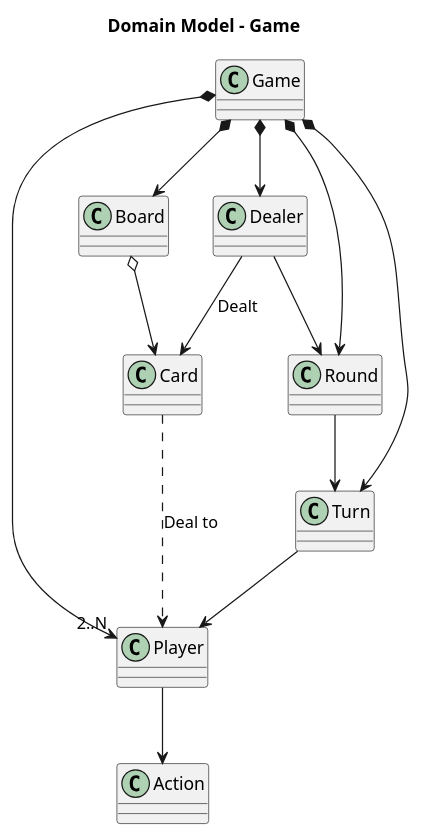
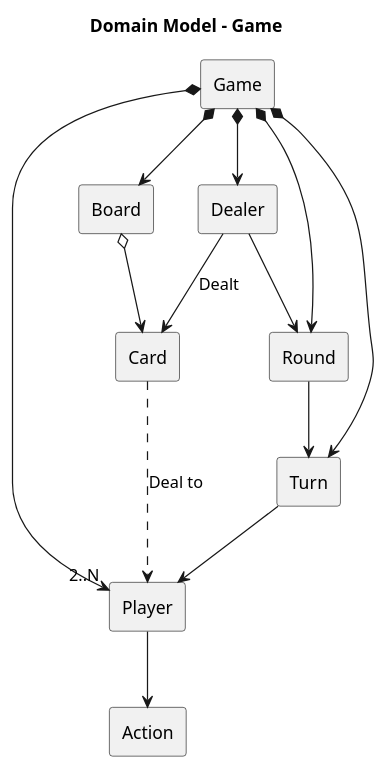
Before and after one commit to DainWs/Crazy-Random-Multiverse: the diagram in docs/development/backend/diagrams/domain_model.plantuml, drawn with PlantUML. The commit also changed 7 other files, not shown here.

Commit message:
Documentation: UML diagrams changes

```diff
--- a/docs/development/backend/diagrams/domain_model.plantuml
+++ b/docs/development/backend/diagrams/domain_model.plantuml
@@ -1,28 +1,31 @@
 @startuml
 title "Domain Model - Game"
 
-class Game {}
-class Player {}
-class Action {}
-class Dealer {}
-class Board {}
-class Card {}
+rectangle Game
+rectangle Player
+rectangle Action
+rectangle Dealer
+rectangle Board
+rectangle Card
+
+rectangle Round
+rectangle Turn
 
 Game *--> Turn
 Game *--> Round
 Game *--> Dealer
 Game *--> Board
 Game *--> "2..N" Player
 
 Round --> Turn
 
 Turn --> Player
 
 Dealer --> Round
 Dealer --> Card : Dealt
 
 Board o--> Card
 Card ..> Player : Deal to
 
 Player --> Action
 @enduml
```
